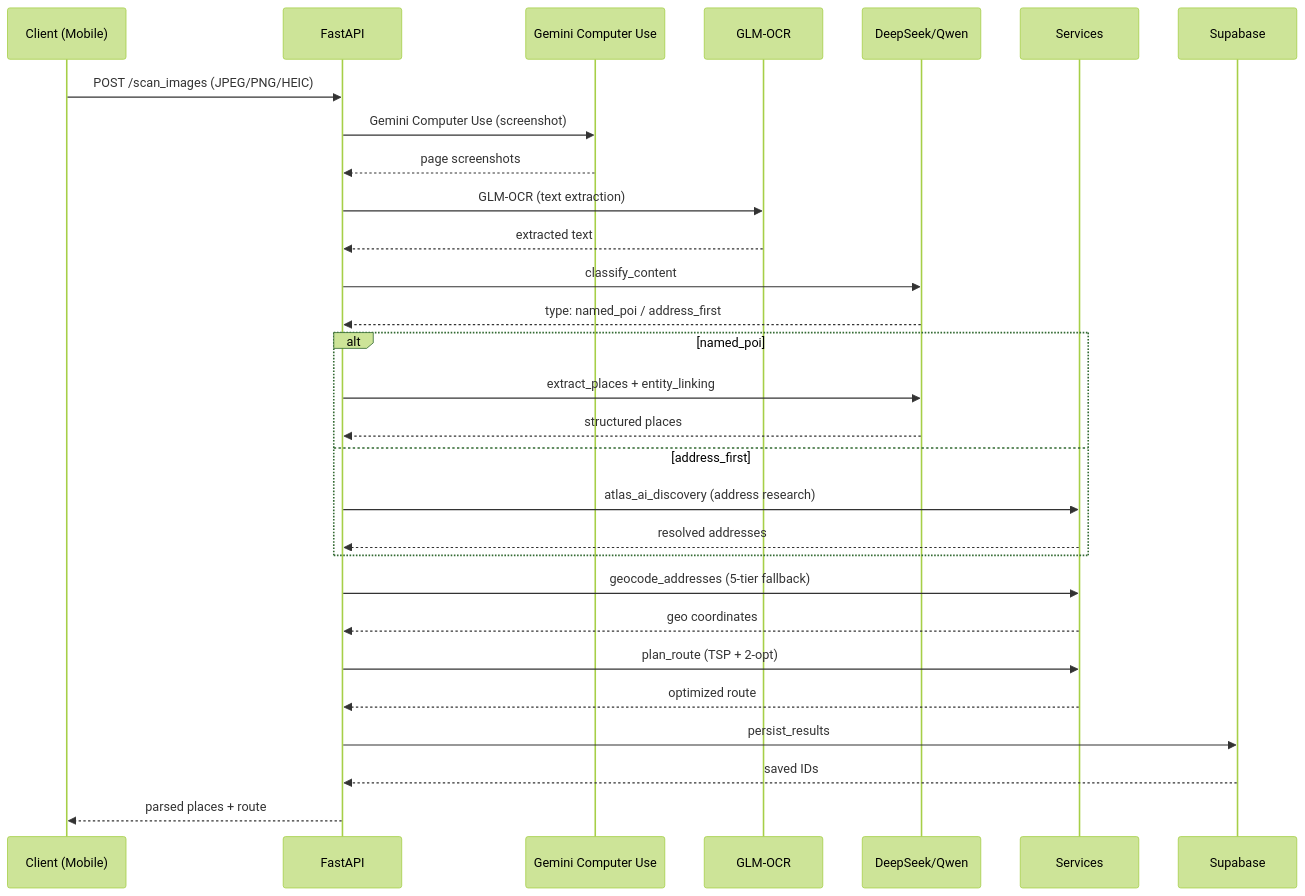
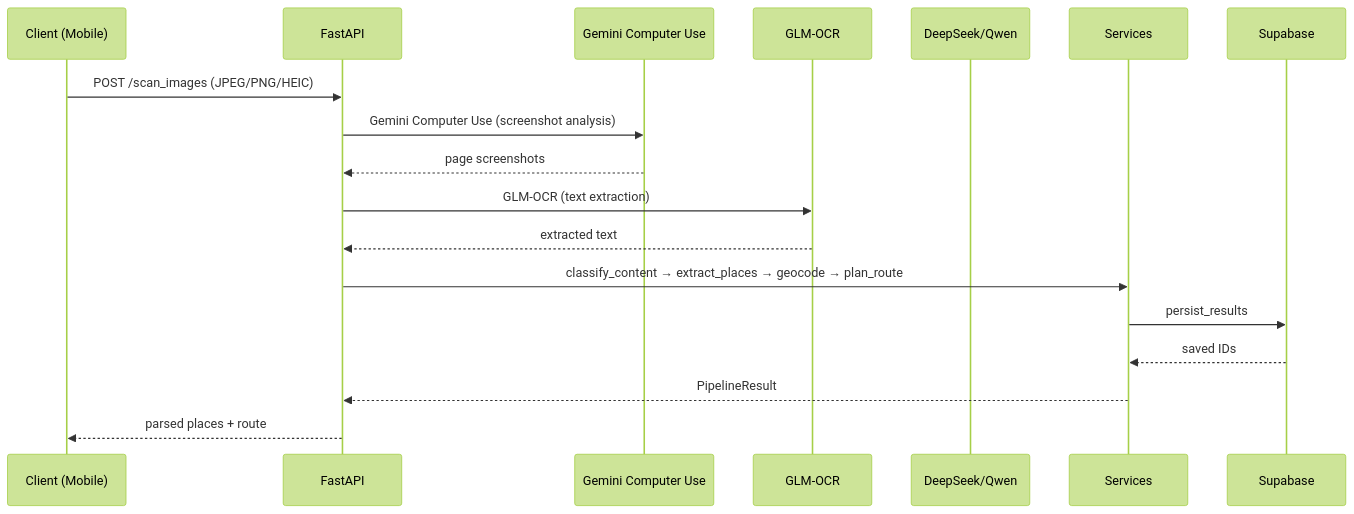
Before and after one commit to zjwang168/atlas-mobile: the fourth of 7 diagrams in README.md, drawn with Mermaid (forest theme). The commit also changed other lines of this file, not shown here.

````diff
--- a/README.md
+++ b/README.md
@@ -117,32 +183,21 @@
 ```mermaid
 sequenceDiagram
     participant C as Client (Mobile)
     participant API as FastAPI
     participant GCU as Gemini Computer Use
     participant OCR as GLM-OCR
     participant LLM as DeepSeek/Qwen
     participant S as Services
     participant DB as Supabase
-    
+
     C->>API: POST /scan_images (JPEG/PNG/HEIC)
-    API->>GCU: Gemini Computer Use (screenshot)
+    API->>GCU: Gemini Computer Use (screenshot analysis)
     GCU-->>API: page screenshots
     API->>OCR: GLM-OCR (text extraction)
     OCR-->>API: extracted text
-    API->>LLM: classify_content
-    LLM-->>API: type: named_poi / address_first
-    alt named_poi
-        API->>LLM: extract_places + entity_linking
-        LLM-->>API: structured places
-    else address_first
-        API->>S: atlas_ai_discovery (address research)
-        S-->>API: resolved addresses
-    end
-    API->>S: geocode_addresses (5-tier fallback)
-    S-->>API: geo coordinates
-    API->>S: plan_route (TSP + 2-opt)
-    S-->>API: optimized route
-    API->>DB: persist_results
-    DB-->>API: saved IDs
+    API->>S: classify_content → extract_places → geocode → plan_route
+    S->>DB: persist_results
+    DB-->>S: saved IDs
+    S-->>API: PipelineResult
     API-->>C: parsed places + route
 ```
````
